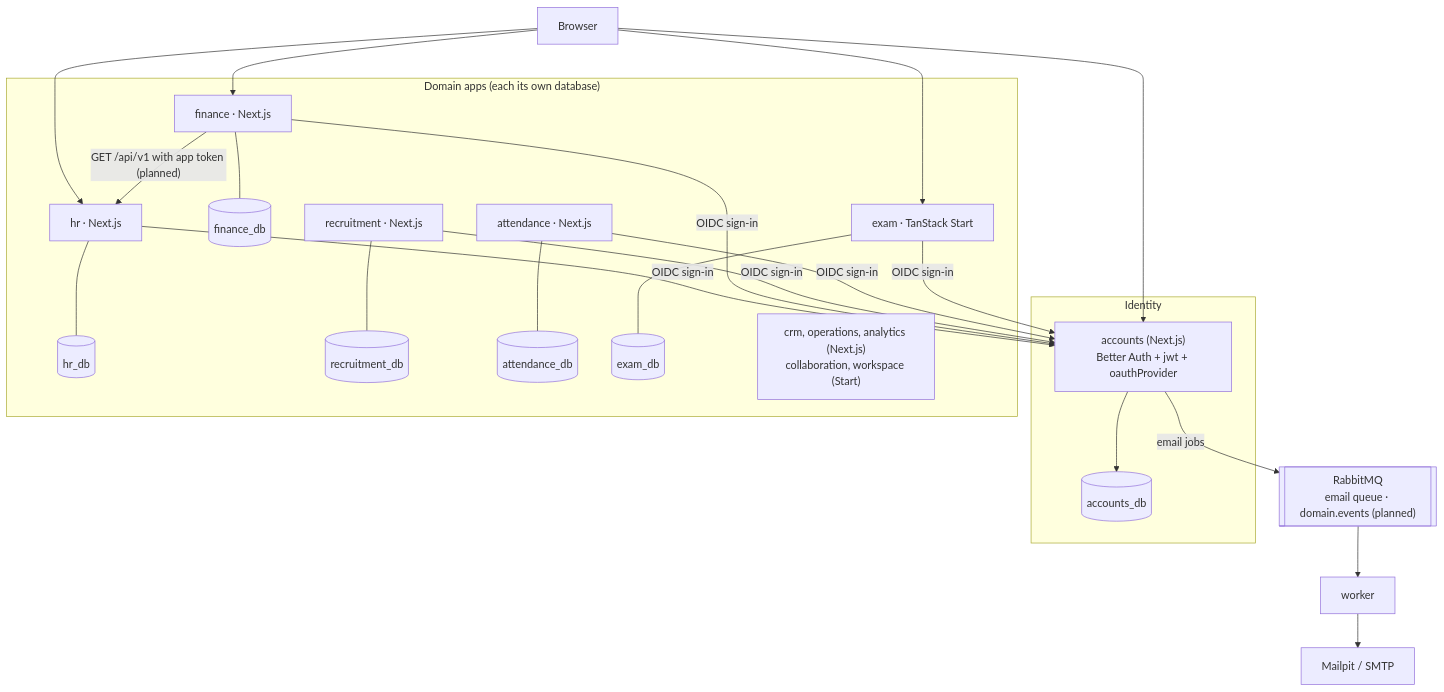
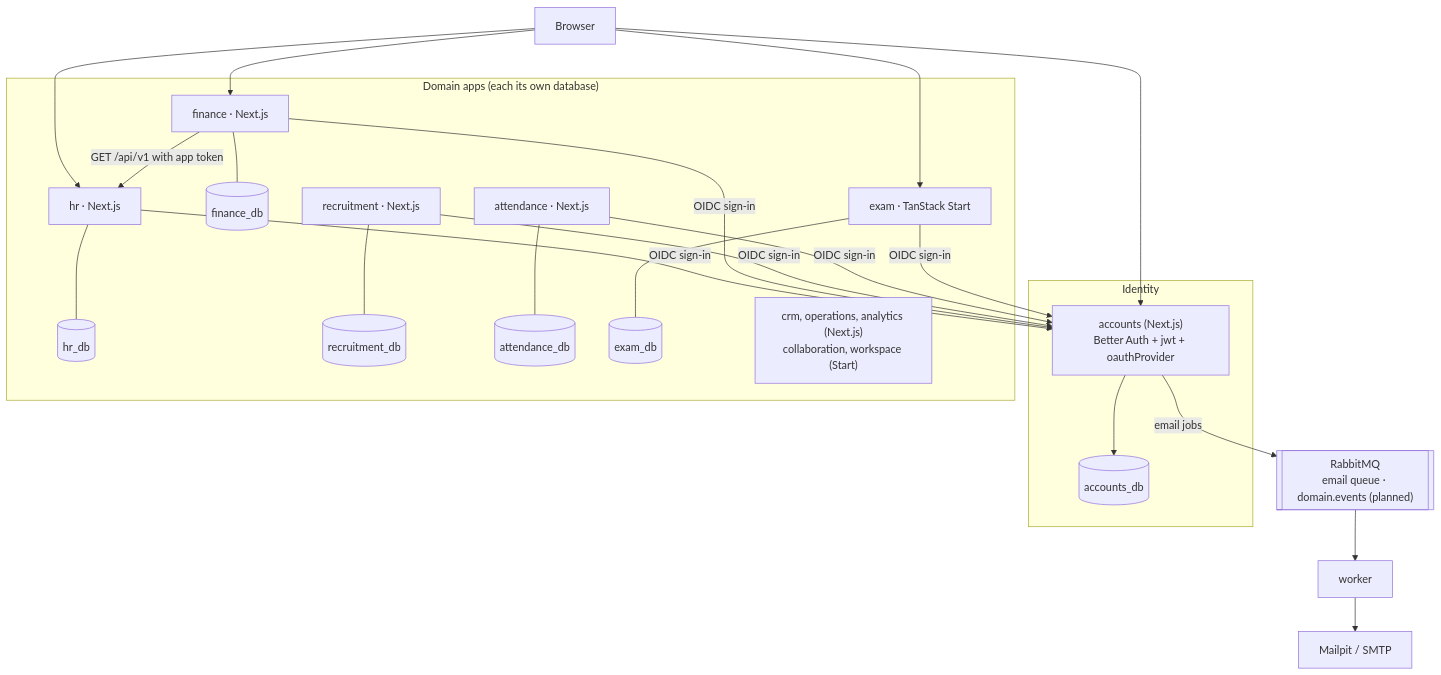
The diagram in ARCHITECTURE.md (rmValdez/next-tanstack-framework-template), drawn with Mermaid before and after one commit. The commit also changed other lines of this file and 65 other files, not shown here.

First line of the commit message:
Step 1: one database per domain, Finance -> HR API with app tokens (D17, D18)

````diff
--- a/ARCHITECTURE.md
+++ b/ARCHITECTURE.md
@@ -40,29 +41,29 @@
 ```mermaid
 graph TD
     Browser["Browser"]
 
     subgraph Identity
         ACC["accounts (Next.js)<br/>Better Auth + jwt + oauthProvider"]
         ACCDB[("accounts_db")]
     end
 
     subgraph Domains["Domain apps (each its own database)"]
         HR["hr · Next.js"] --- HRDB[("hr_db")]
         FIN["finance · Next.js"] --- FINDB[("finance_db")]
         REC["recruitment · Next.js"] --- RECDB[("recruitment_db")]
         ATT["attendance · Next.js"] --- ATTDB[("attendance_db")]
         EXAM["exam · TanStack Start"] --- EXAMDB[("exam_db")]
         MORE["crm, operations, analytics (Next.js)<br/>collaboration, workspace (Start)"]
     end
 
     MQ[["RabbitMQ<br/>email queue · domain.events (planned)"]]
     WK["worker"]
     MAIL["Mailpit / SMTP"]
 
     Browser --> ACC
     Browser --> HR & FIN & EXAM
     HR & FIN & REC & ATT & EXAM -->|"OIDC sign-in"| ACC
-    FIN -->|"GET /api/v1 with app token (planned)"| HR
+    FIN -->|"GET /api/v1 with app token"| HR
     ACC --> ACCDB
     ACC -->|"email jobs"| MQ --> WK --> MAIL
 ```
````
